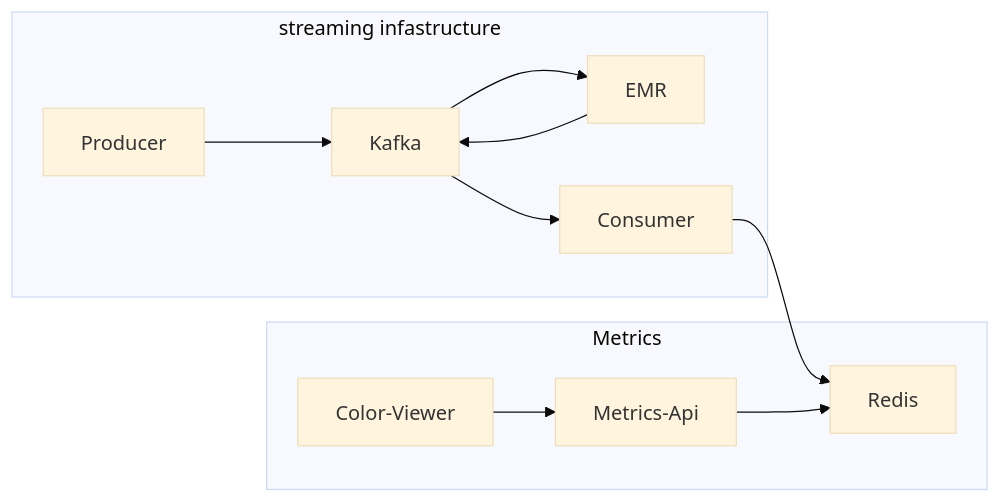
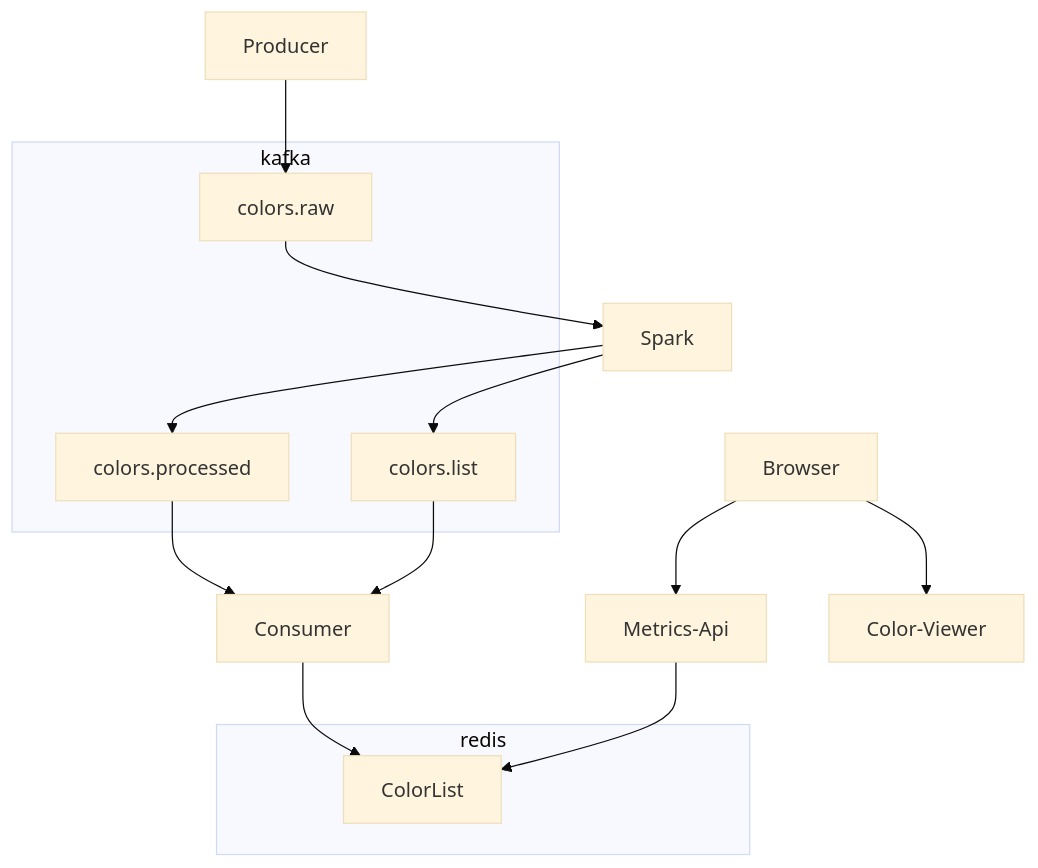
Before and after one commit to benjamin-wright/kafka-test: the diagram in README.md, drawn with Mermaid (base theme). The commit also changed 16 other files, not shown here.

Commit message:
fixing things up, reverting to list and individual colors for fewer redis race-conditions

````diff
--- a/README.md
+++ b/README.md
@@ -1,15 +1,23 @@
 ```mermaid
-graph LR
-    subgraph streaming infastructure
-        Producer --> Kafka;
-        Kafka --> EMR;
-        EMR --> Kafka;
-        Kafka --> Consumer;
+graph TB
+    subgraph kafka
+        colors.raw;
+        colors.processed;
+        colors.list;
     end
 
-    subgraph Metrics
-        Consumer --> Redis;
-        Metrics-Api --> Redis;
-        Color-Viewer --> Metrics-Api;
+    subgraph redis
+        ColorList;
     end
+
+    Producer --> colors.raw
+    colors.raw --> Spark
+    Spark --> colors.processed
+    Spark --> colors.list
+    colors.processed --> Consumer
+    colors.list --> Consumer
+    Consumer --> ColorList;
+    Metrics-Api --> ColorList;
+    Browser --> Metrics-Api;
+    Browser --> Color-Viewer;
 ```
````
